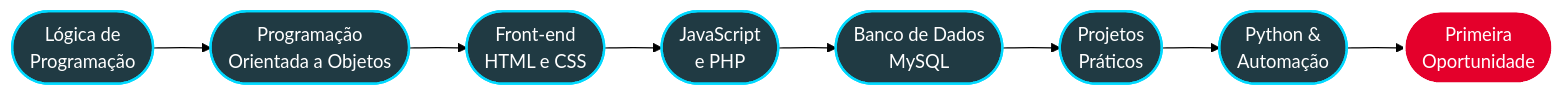
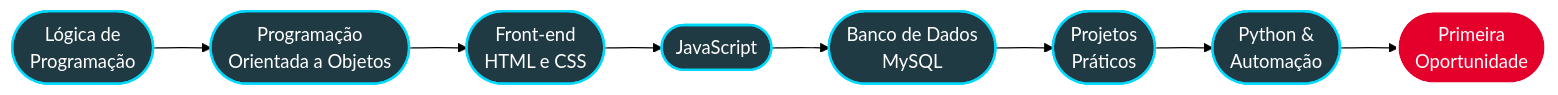
Before and after one commit to ViniVila/ViniVila: the second of 2 diagrams in readme.md, drawn with Mermaid (forest theme). The commit also changed other lines of this file, not shown here.

````diff
--- a/readme.md
+++ b/readme.md
@@ -210,15 +209,15 @@
 ```mermaid
 flowchart LR
     A([Lógica de<br>Programação]) --> B([Programação<br>Orientada a Objetos])
     B --> C([Front-end<br>HTML e CSS])
-    C --> D([JavaScript<br>e PHP])
+    C --> D([JavaScript])
     D --> E([Banco de Dados<br>MySQL])
     E --> F([Projetos<br>Práticos])
     F --> G([Python &<br>Automação])
     G --> H([Primeira<br>Oportunidade])
 
     classDef base fill:#203a43,stroke:#00D9FF,color:#ffffff,stroke-width:2px;
     classDef meta fill:#E4002B,stroke:#ffffff,color:#ffffff,stroke-width:2px;
     class A,B,C,D,E,F,G base;
     class H meta;
 ```
````
